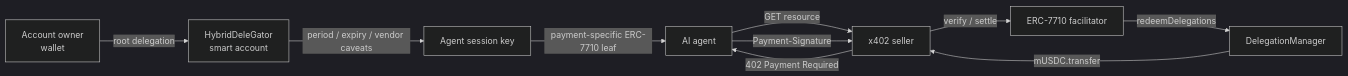
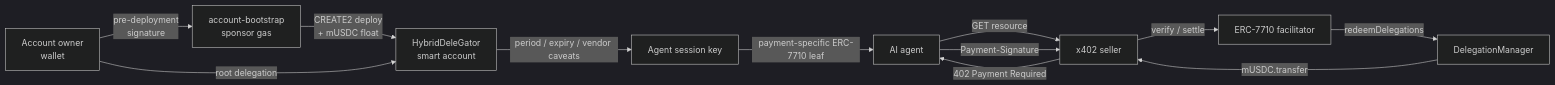
Before and after one commit to kooroot/Mapae: the diagram in README.ko.md, drawn with Mermaid (dark theme). The commit also changed other lines of this file and 14 other files, not shown here.

````diff
--- a/README.ko.md
+++ b/README.ko.md
@@ -47,12 +48,14 @@
 ```mermaid
 flowchart LR
-    Owner["Account owner<br/>wallet"] -->|"root delegation"| Account["HybridDeleGator<br/>smart account"]
+    Owner["Account owner<br/>wallet"] -->|"pre-deployment<br/>signature"| Bootstrap["account-bootstrap<br/>sponsor gas"]
+    Bootstrap -->|"CREATE2 deploy<br/>+ mUSDC float"| Account["HybridDeleGator<br/>smart account"]
+    Owner -->|"root delegation"| Account
     Account -->|"period / expiry / vendor caveats"| Session["Agent session key"]
     Session -->|"payment-specific ERC-7710 leaf"| Agent["AI agent"]
     Agent -->|"GET resource"| Seller["x402 seller"]
     Seller -->|"402 Payment Required"| Agent
     Agent -->|"Payment-Signature"| Seller
     Seller -->|"verify / settle"| Facilitator["ERC-7710 facilitator"]
     Facilitator -->|"redeemDelegations"| Manager["DelegationManager"]
     Manager -->|"mUSDC.transfer"| Seller
 ```
````
